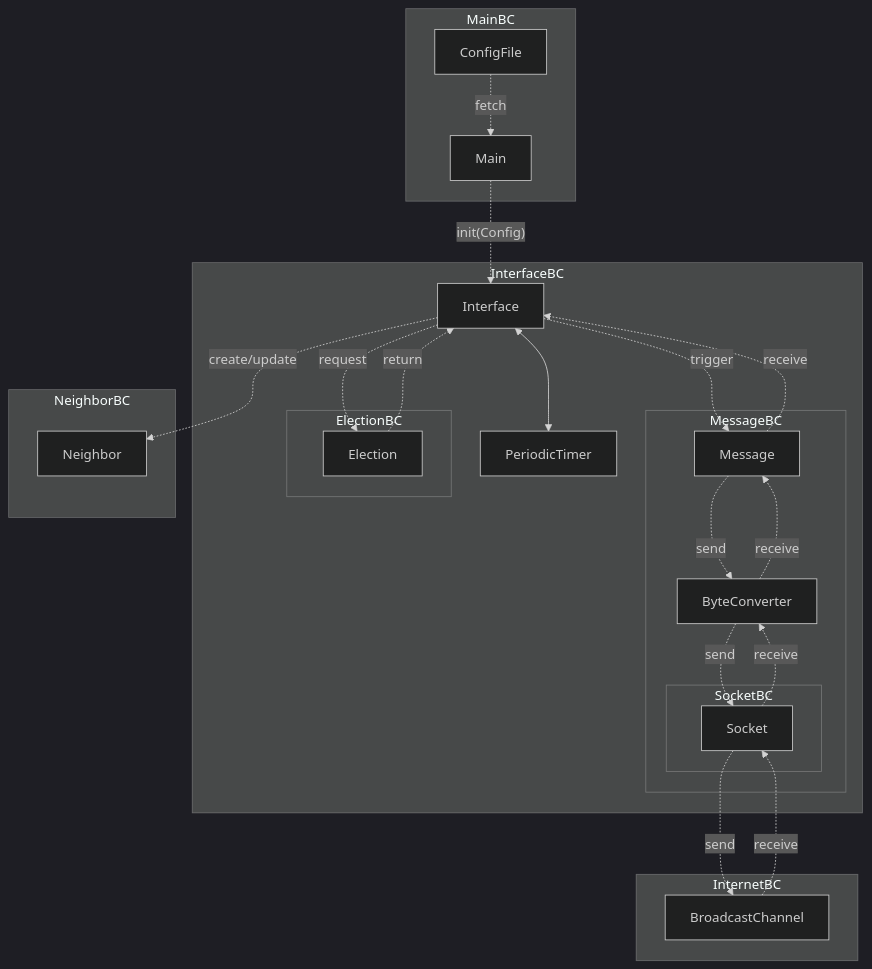
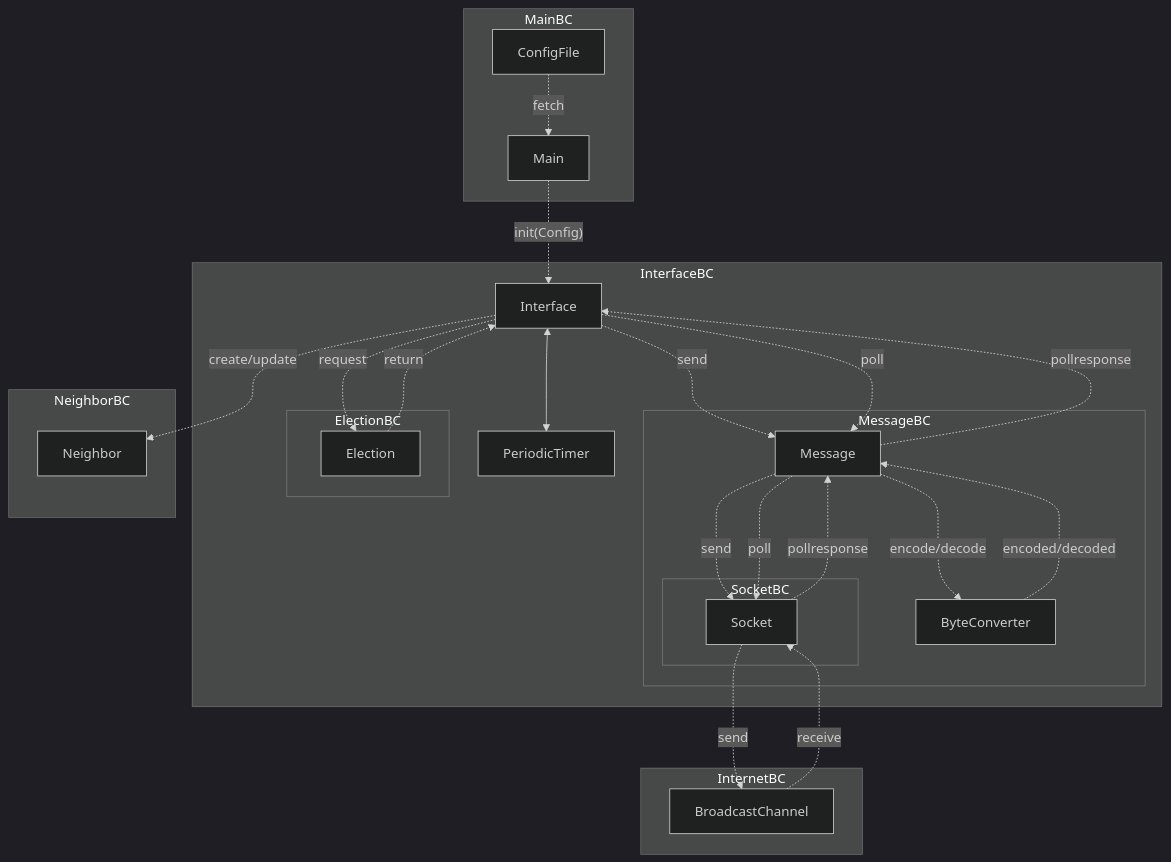
The diagram in Documentation/Graphs/TopLevelFlow.md (aniemela-cloud/uh-ds-g9-project), drawn with Mermaid (dark theme) before and after one commit.

Commit message:
Changed byteconverters place

````diff
--- a/Documentation/Graphs/TopLevelFlow.md
+++ b/Documentation/Graphs/TopLevelFlow.md
@@ -1,61 +1,63 @@
 ```mermaid
 
 flowchart TB
 
   subgraph MainBC
     Main[Main]
     File[ConfigFile]
     %%RouterEvent
   end
 
   subgraph InterfaceBC
     Interface[Interface]
     PeriodicTimer
     %%InterfaceEvent
 
     subgraph MessageBC
       Message[Message]
       ByteConverter[ByteConverter]
 
       subgraph SocketBC
         Socket[Socket]
       end
     end
 
     subgraph ElectionBC
       Election[Election]
     end
   end
   subgraph NeighborBC
     Neighbor[Neighbor]
     %%NeighborEvent
   end
   subgraph InternetBC
     Broadcast[BroadcastChannel]
   end
 
   File -.fetch.-> Main
   Main -.init(Config).-> Interface
 
-  Interface -.trigger.-> Message
-  Message -.send.-> ByteConverter
-  ByteConverter -.send.-> Socket
+  Interface -.send.-> Message
+  Interface -.poll.-> Message
+  Message -.encode/decode.-> ByteConverter
+  ByteConverter -.encoded/decoded.-> Message
+  Message -.send.->Socket
+  Message -.poll.->Socket
   Socket -.send.-> Broadcast
 
   Broadcast -.receive.-> Socket
-  Socket -.receive.-> ByteConverter
-  ByteConverter -.receive.-> Message
-  Message -.receive.-> Interface
+  Socket -.pollresponse.-> Message
+  Message -.pollresponse.-> Interface
 
   Interface -.request.-> Election
   Election -.return.-> Interface
   Interface -.create/update.-> Neighbor
 
   Interface <--> PeriodicTimer
 
   %%Interface<-->InterfaceEvent
   %%Neighbor<-->NeighborEvent
   %%Interface-->NeighborEvent
   %%InterfaceEvent-->RouterEvent
   %%NeighborEvent-->RouterEvent
 ```
````
